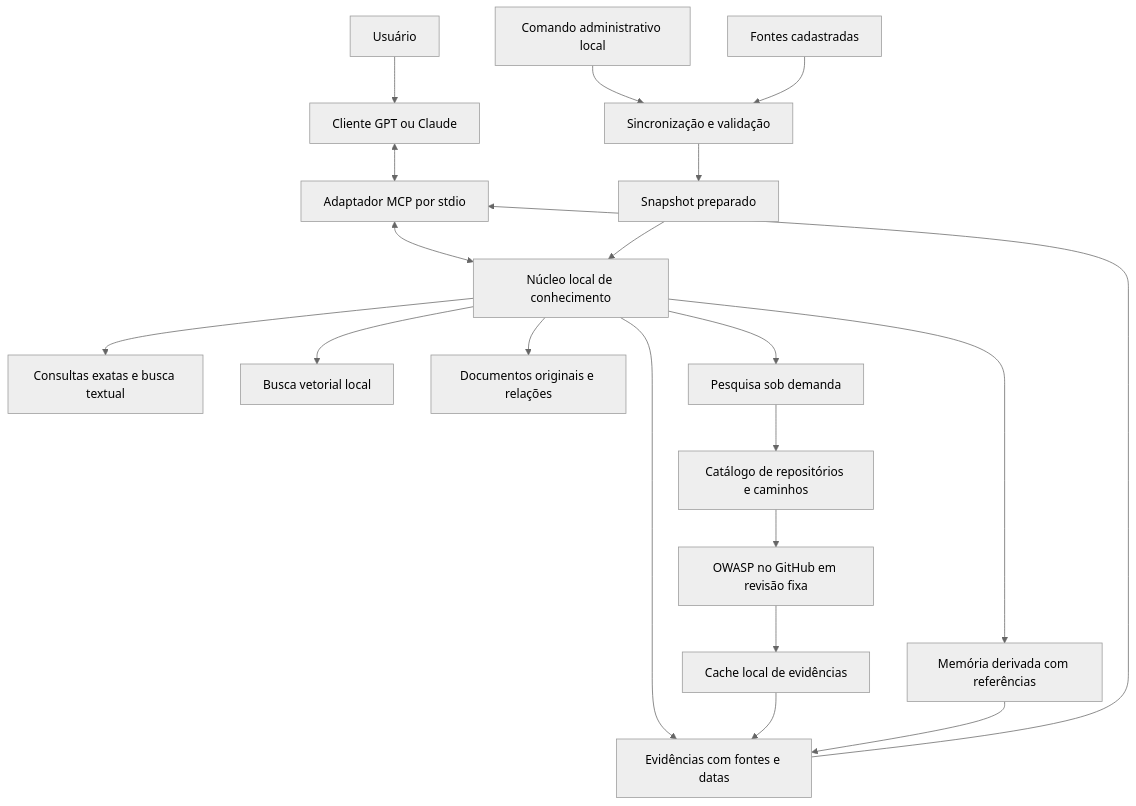
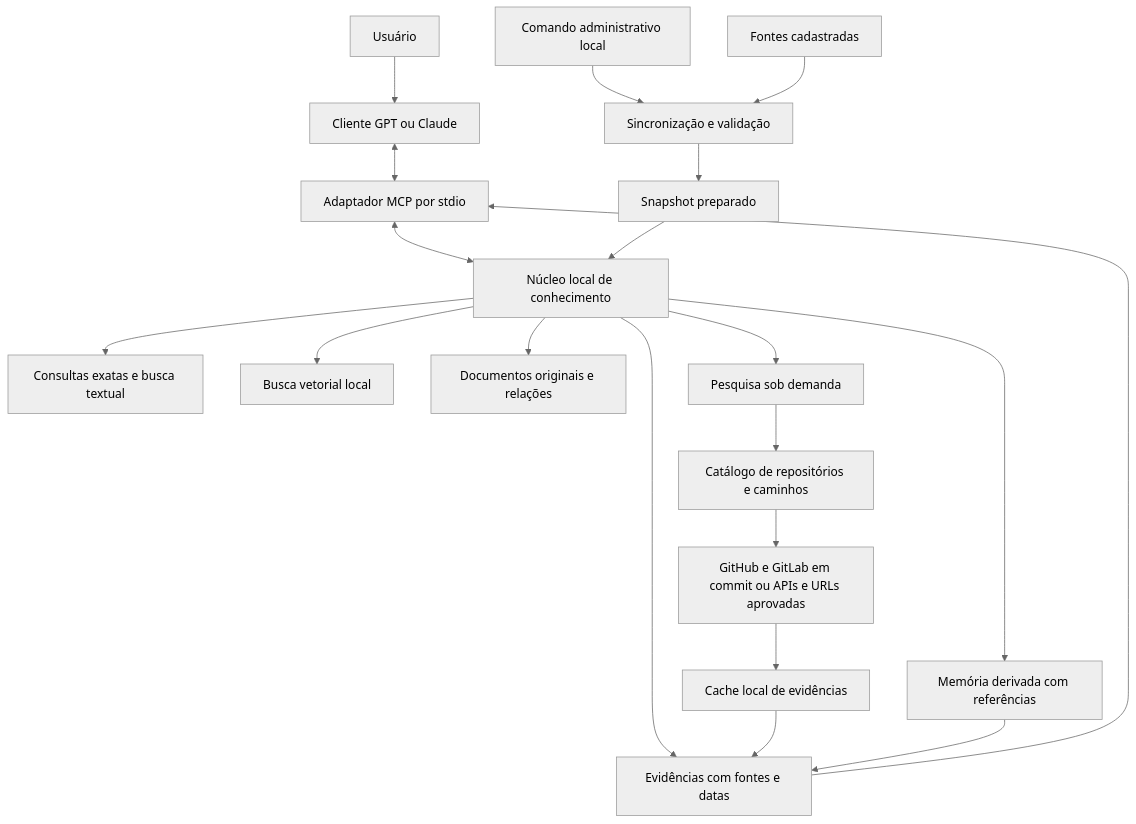
The first of 3 diagrams in docs/ESPECIFICACAO_RAG_MCP.md (joaquimmoraesgabriel-cmyk/mcp-server-cybersecurity), drawn with Mermaid (neutral theme) before and after one commit. The commit also changed other lines of this file and 57 other files, not shown here.

````diff
--- a/docs/ESPECIFICACAO_RAG_MCP.md
+++ b/docs/ESPECIFICACAO_RAG_MCP.md
@@ -79,22 +80,22 @@
 ```mermaid
 flowchart TB
     U[Usuário] --> H[Cliente GPT ou Claude]
     H <--> A[Adaptador MCP por stdio]
     A <--> K[Núcleo local de conhecimento]
     K --> Q[Consultas exatas e busca textual]
     K --> V[Busca vetorial local]
     K --> D[Documentos originais e relações]
     K --> E[Evidências com fontes e datas]
     E --> A
     O[Comando administrativo local] --> S[Sincronização e validação]
     F[Fontes cadastradas] --> S
     S --> P[Snapshot preparado]
     P --> K
     K --> R[Pesquisa sob demanda]
     R --> C[Catálogo de repositórios e caminhos]
-    C --> W[OWASP no GitHub em revisão fixa]
+    C --> W[GitHub e GitLab em commit ou APIs e URLs aprovadas]
     W --> B[Cache local de evidências]
     B --> E
     K --> M[Memória derivada com referências]
     M --> E
 ```
````
